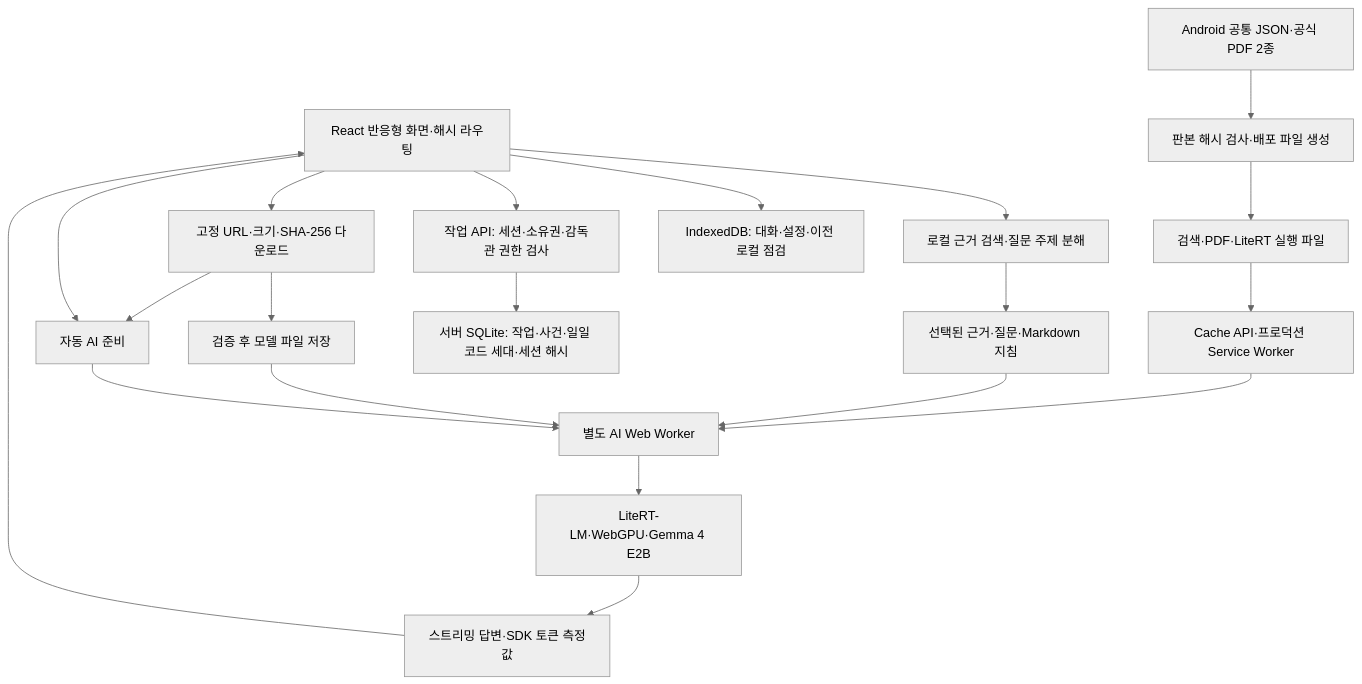
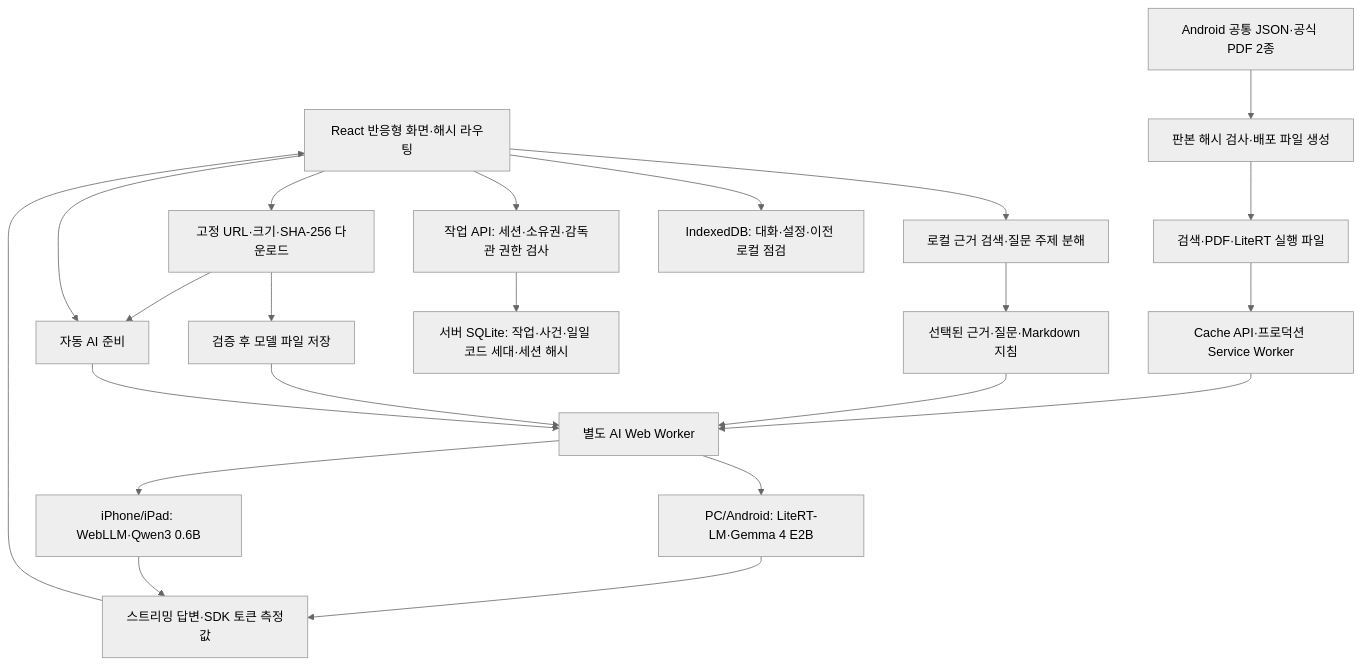
One commit to minyook/HybridTech changed the diagram in docs/webapp/TARGET_ARCHITECTURE.md. Above: the diagram before and after it, drawn with Mermaid (neutral theme). The commit also changed other lines of this file and 34 other files, not shown here.

Commit message:
feat: add memory-bounded local Qwen runtime for iPhone PWA

````diff
--- a/docs/webapp/TARGET_ARCHITECTURE.md
+++ b/docs/webapp/TARGET_ARCHITECTURE.md
@@ -18,22 +18,24 @@
 ```mermaid
 flowchart TD
     Browser[React 반응형 화면·해시 라우팅] --> Search[로컬 근거 검색·질문 주제 분해]
     Package[Android 공통 JSON·공식 PDF 2종] --> Prepare[판본 해시 검사·배포 파일 생성]
     Prepare --> Assets[검색·PDF·LiteRT 실행 파일]
     Assets --> Cache[Cache API·프로덕션 Service Worker]
     Browser --> DB[IndexedDB: 대화·설정·이전 로컬 점검]
     Browser --> API[작업 API: 세션·소유권·감독관 권한 검사]
     API --> WorkDB[서버 SQLite: 작업·사건·일일 코드 세대·세션 해시]
     Browser --> Download[고정 URL·크기·SHA-256 다운로드]
     Download --> OPFS[검증 후 모델 파일 저장]
     Download --> Auto[자동 AI 준비]
     Browser --> Auto
     Auto --> Worker[별도 AI Web Worker]
     OPFS --> Worker
     Cache --> Worker
     Search --> Prompt[선택된 근거·질문·Markdown 지침]
     Prompt --> Worker
-    Worker --> SDK[LiteRT-LM·WebGPU·Gemma 4 E2B]
+    Worker --> SDK[PC/Android: LiteRT-LM·Gemma 4 E2B]
+    Worker --> Light[iPhone/iPad: WebLLM·Qwen3 0.6B]
+    Light --> Result
     SDK --> Result[스트리밍 답변·SDK 토큰 측정값]
     Result --> Browser
 ```
````
